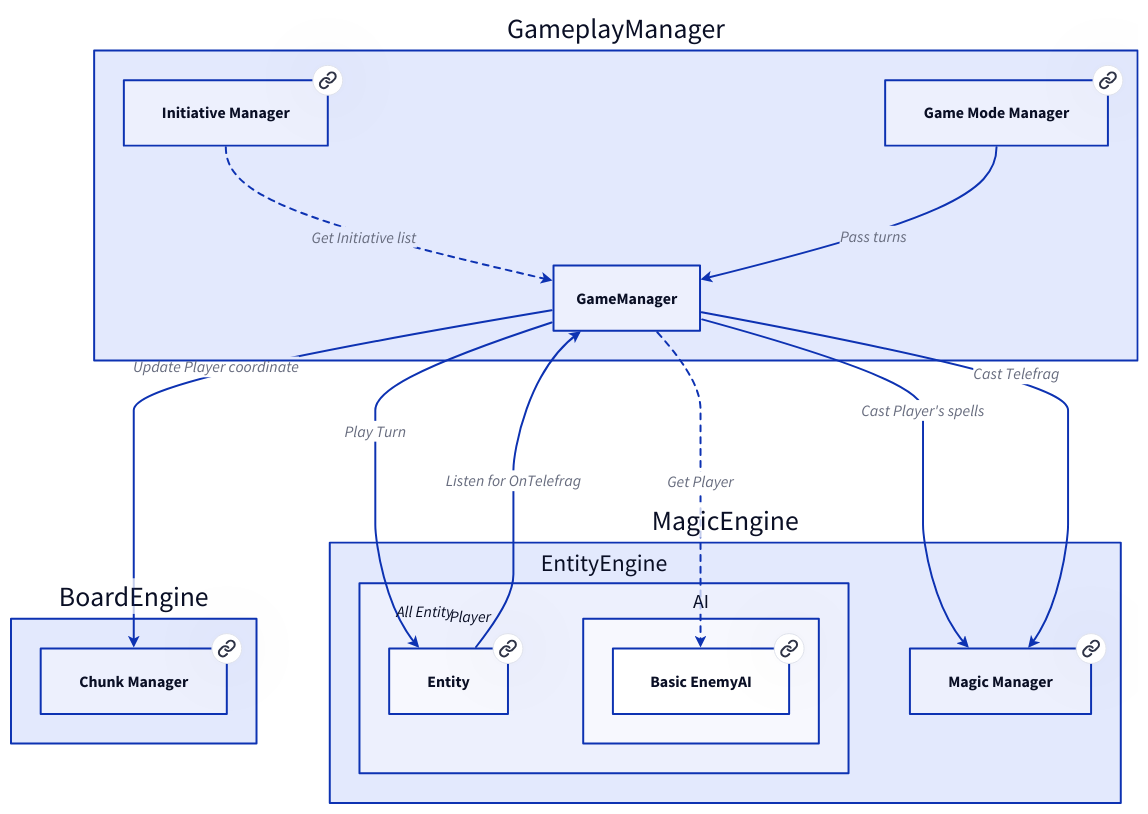
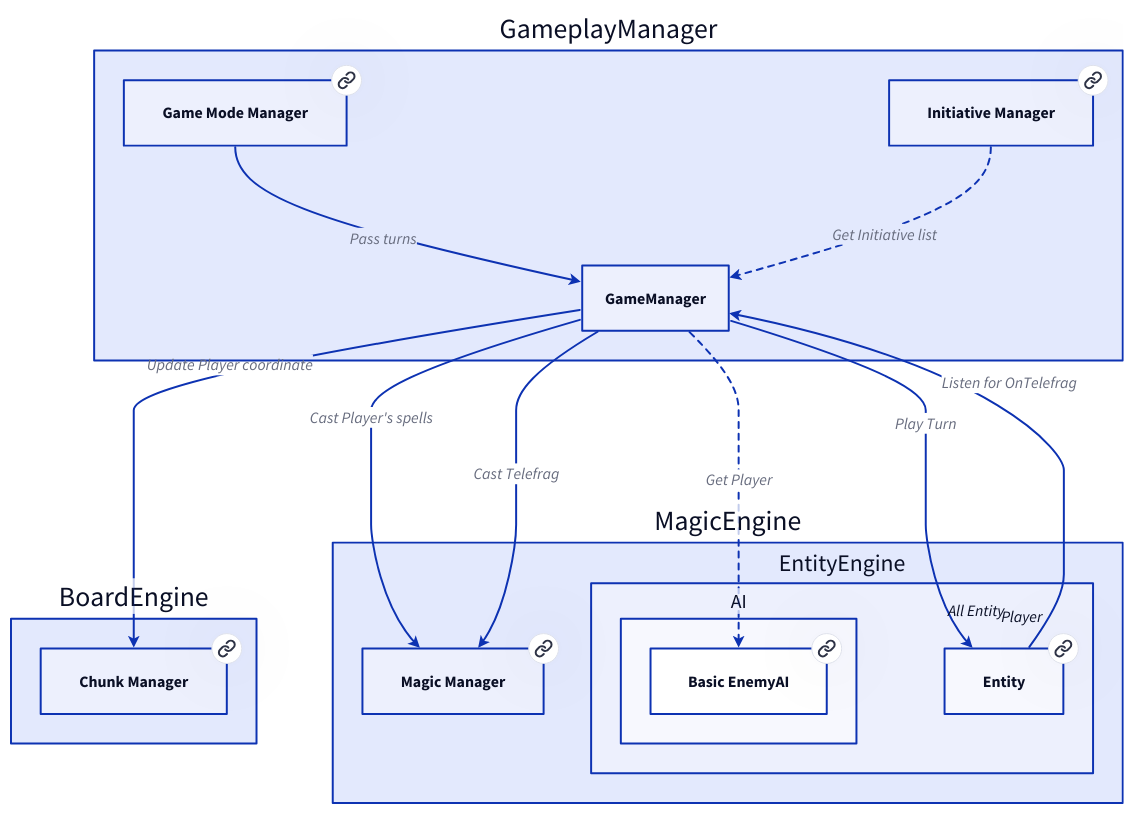
The diagram in doc/graphs/d2/GameManager.d2 (Portevent/Brume-Documentation), drawn with D2 before and after one commit. The commit also changed other lines of this file and 92 other files, not shown here.

```diff
--- a/doc/graphs/d2/GameManager.d2
+++ b/doc/graphs/d2/GameManager.d2
@@ -1,63 +1,63 @@
 # Nodes :
 BoardEngine: {
     ChunkManager: Chunk Manager {
        link: ChunkManager
     }
 }
 GameplayManager: {
+    GameModeManager: Game Mode Manager {
+       link: GameModeManager
+    }
     InitiativeManager: Initiative Manager {
        link: InitiativeManager
     }
-    GameModeManager: Game Mode Manager {
-       link: GameModeManager
-    }
 }
 MagicEngine: {
+    MagicManager: Magic Manager {
+       link: MagicManager
+    }
     EntityEngine: {
-        Entity: Entity {
-           link: Entity
-        }
         AI: {
             BasicEnemyAI: Basic EnemyAI {
                link: BasicEnemyAI
             }
         }
-    }
-    MagicManager: Magic Manager {
-       link: MagicManager
+        Entity: Entity {
+           link: Entity
+        }
     }
 }
 
 # Links :
+GameplayManager.GameModeManager -> GameplayManager.GameManager: Pass turns {
+source-arrowhead: {}
+target-arrowhead: {shape: arrow}
+}
 GameplayManager.GameManager -> MagicEngine.MagicManager: Cast Player's spells {
 source-arrowhead: {}
 target-arrowhead: {shape: arrow}
 }
 GameplayManager.GameManager -> MagicEngine.MagicManager: Cast Telefrag {
 source-arrowhead: {}
 target-arrowhead: {shape: arrow}
 }
 MagicEngine.EntityEngine.Entity -> GameplayManager.GameManager: Listen for OnTelefrag {
 source-arrowhead: Player{}
 target-arrowhead: {shape: arrow}
 }
 GameplayManager.GameManager -> BoardEngine.ChunkManager: Update Player coordinate {
 source-arrowhead: {}
 target-arrowhead: {shape: arrow}
 }
 GameplayManager.InitiativeManager -> GameplayManager.GameManager: Get Initiative list {style.stroke-dash: 3
 source-arrowhead: {}
 target-arrowhead: {shape: arrow}
 }
 GameplayManager.GameManager -> MagicEngine.EntityEngine.Entity: Play Turn {
 source-arrowhead: {}
 target-arrowhead: All Entity{shape: arrow}
 }
-GameplayManager.GameModeManager -> GameplayManager.GameManager: Pass turns {
-source-arrowhead: {}
-target-arrowhead: {shape: arrow}
-}
 GameplayManager.GameManager -> MagicEngine.EntityEngine.AI.BasicEnemyAI: Get Player {style.stroke-dash: 3
 source-arrowhead: {}
 target-arrowhead: {shape: arrow}
 }
```
